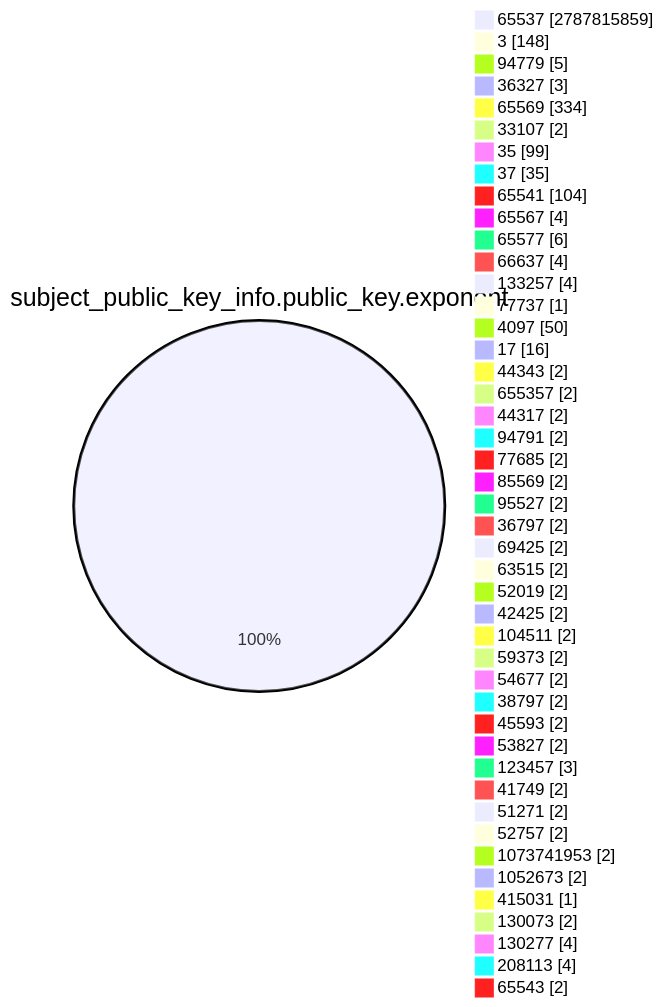
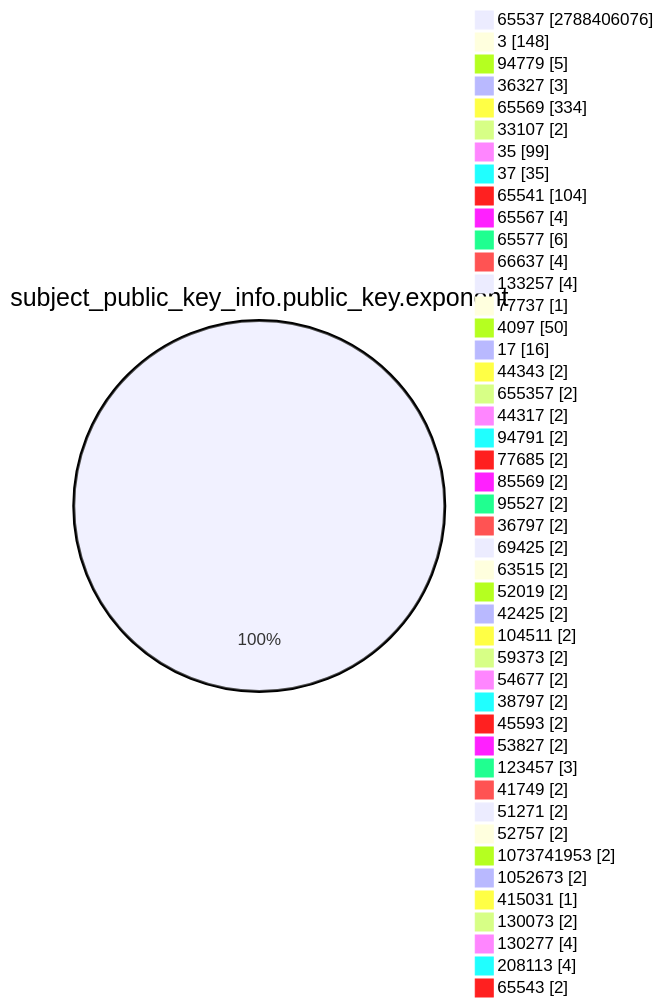
One commit to christiankrug/ctmonitor_visualization changed the fourth of 15 diagrams in TOTAL/README.md. Above: the diagram before and after it, drawn with Mermaid. The commit also changed other lines of this file, not shown here.

````diff
--- a/TOTAL/README.md
+++ b/TOTAL/README.md
@@ -1467,49 +1467,49 @@
 ```mermaid
 pie showData
 title subject_public_key_info.public_key.exponent
-"65537" :2787815859
+"65537" :2788406076
 "3" :148
 "94779" :5
 "36327" :3
 "65569" :334
 "33107" :2
 "35" :99
 "37" :35
 "65541" :104
 "65567" :4
 "65577" :6
 "66637" :4
 "133257" :4
 "77737" :1
 "4097" :50
 "17" :16
 "44343" :2
 "655357" :2
 "44317" :2
 "94791" :2
 "77685" :2
 "85569" :2
 "95527" :2
 "36797" :2
 "69425" :2
 "63515" :2
 "52019" :2
 "42425" :2
 "104511" :2
 "59373" :2
 "54677" :2
 "38797" :2
 "45593" :2
 "53827" :2
 "123457" :3
 "41749" :2
 "51271" :2
 "52757" :2
 "1073741953" :2
 "1052673" :2
 "415031" :1
 "130073" :2
 "130277" :4
 "208113" :4
 "65543" :2
 ```
````
